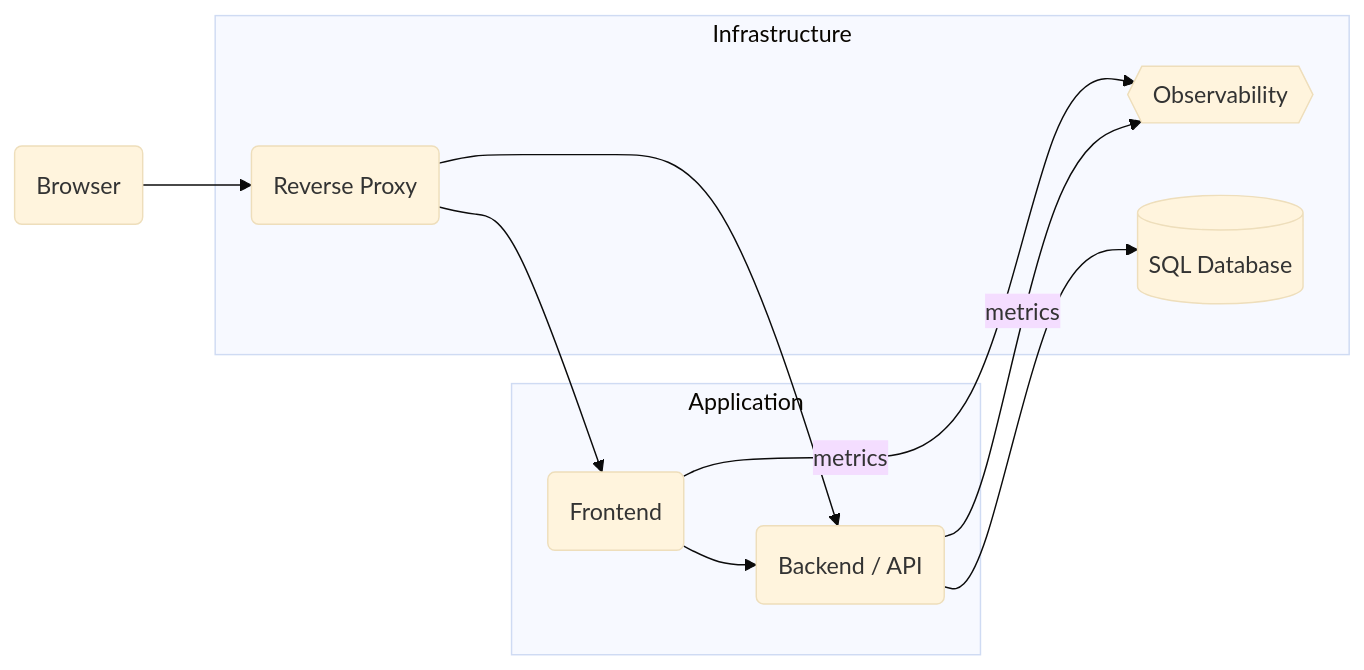
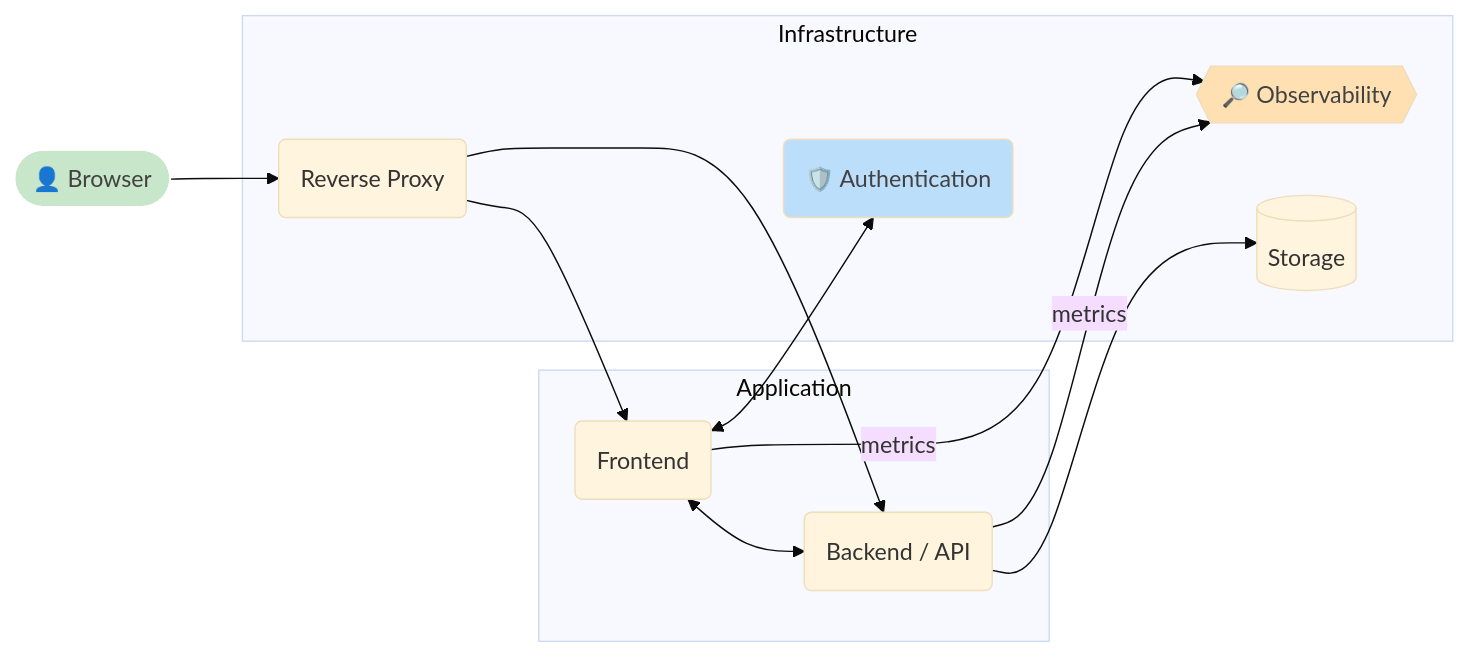
Before and after one commit to OS2offdig/os2-docs-template: the diagram in docs/BASIC_DEVELOPMENT_GUIDE.md, drawn with Mermaid (base theme).

Commit message:
Added an Auth node and some styling

````diff
--- a/docs/BASIC_DEVELOPMENT_GUIDE.md
+++ b/docs/BASIC_DEVELOPMENT_GUIDE.md
@@ -9,20 +9,24 @@
 ```mermaid
 flowchart LR
-
-subgraph Infrastructure
-P
-O
-S
-end
-
-subgraph Application
-BE
-FE
-end
-
-B(Browser)-->P(Reverse Proxy)-->FE(Frontend) & BE(Backend / API)
-FE--> BE -->S[(SQL Database)]
-BE & FE-->|metrics|O{{Observability}}
+ subgraph Infrastructure["Infrastructure"]
+        P("Reverse Proxy")
+        O{{"🔎  Observability"}}
+        S[("Storage")]
+        A("🛡️ Authentication")
+  end
+ subgraph Application["Application"]
+        BE("Backend / API")
+        FE("Frontend")
+  end
+    B(["👤 Browser"]) --> P
+    P --> FE & BE
+    FE <--> BE & A
+    BE --> S
+    BE -- metrics --> O
+    FE -- metrics --> O
+    style O color:#424242,fill:#FFE0B2
+    style A fill:#BBDEFB,color:#424242
+    style B stroke:#FFFFFF,fill:#C8E6C9,color:#424242
 
 
 ```
````
